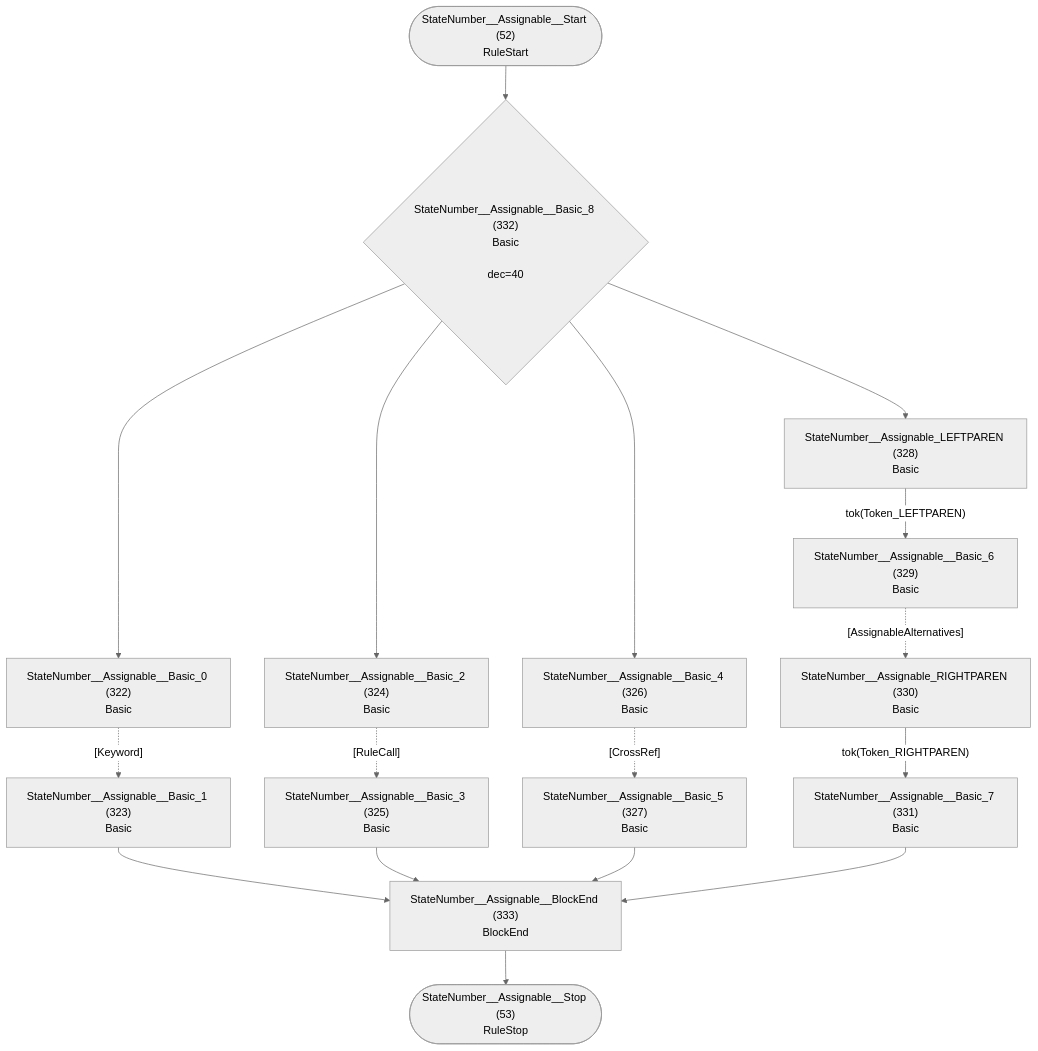
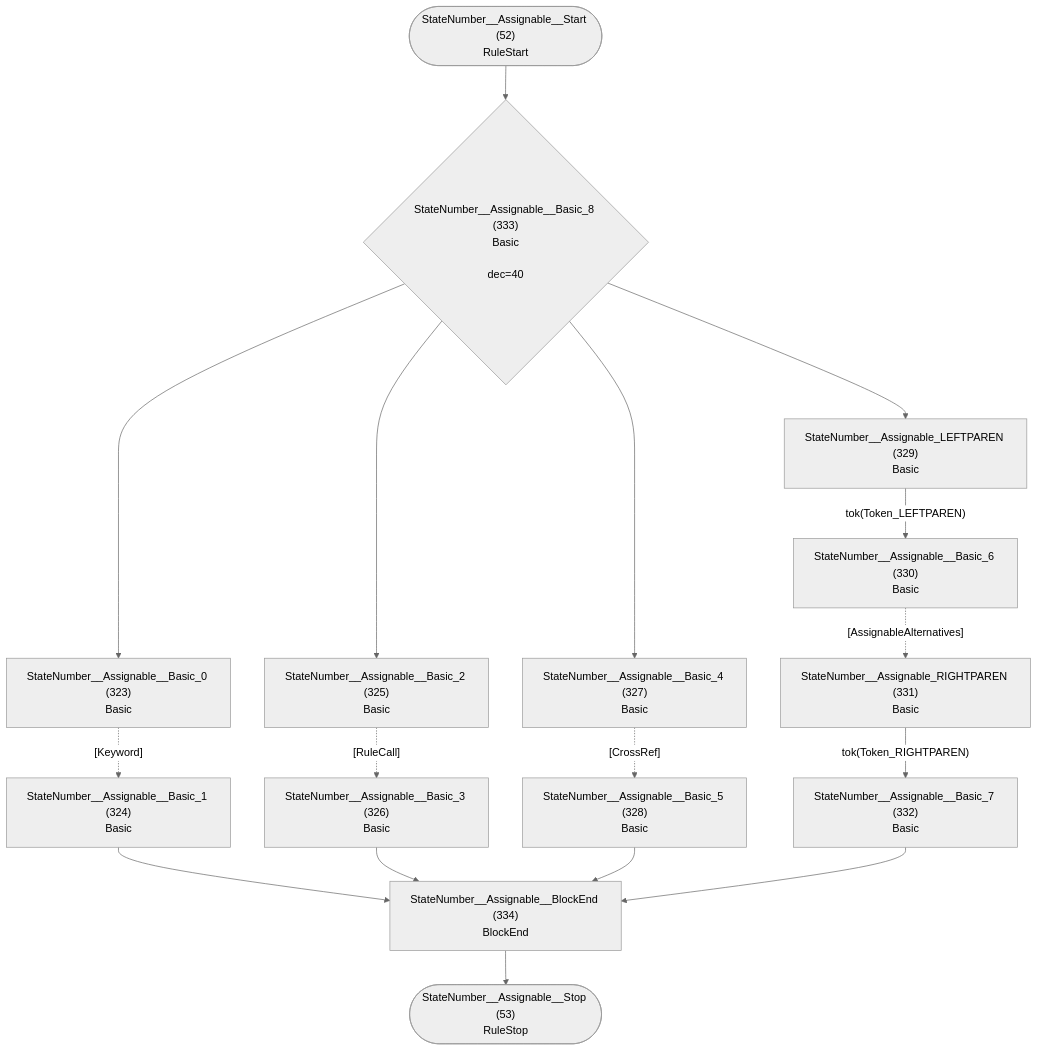
Before and after one commit to TypeFox/fastbelt: diagram 27 of 36 in internal/grammar/atn.md, drawn with Mermaid (neutral theme). The commit also changed other lines of this file and 9 other files, not shown here.

Commit message:
Add token mode's keyword usages + Bootstrap

````diff
--- a/internal/grammar/atn.md
+++ b/internal/grammar/atn.md
@@ -820,34 +822,34 @@
 ```mermaid
 flowchart TD
     q52(["StateNumber__Assignable__Start (52)<br/>RuleStart"])
     q53(["StateNumber__Assignable__Stop (53)<br/>RuleStop"])
-    q322["StateNumber__Assignable__Basic_0 (322)<br/>Basic<br/>"]
-    q323["StateNumber__Assignable__Basic_1 (323)<br/>Basic<br/>"]
-    q324["StateNumber__Assignable__Basic_2 (324)<br/>Basic<br/>"]
-    q325["StateNumber__Assignable__Basic_3 (325)<br/>Basic<br/>"]
-    q326["StateNumber__Assignable__Basic_4 (326)<br/>Basic<br/>"]
-    q327["StateNumber__Assignable__Basic_5 (327)<br/>Basic<br/>"]
-    q328["StateNumber__Assignable_LEFTPAREN (328)<br/>Basic<br/>"]
-    q329["StateNumber__Assignable__Basic_6 (329)<br/>Basic<br/>"]
-    q330["StateNumber__Assignable_RIGHTPAREN (330)<br/>Basic<br/>"]
-    q331["StateNumber__Assignable__Basic_7 (331)<br/>Basic<br/>"]
-    q332{"StateNumber__Assignable__Basic_8 (332)<br/>Basic<br/><br/>dec=40"}
-    q333["StateNumber__Assignable__BlockEnd (333)<br/>BlockEnd<br/>"]
+    q323["StateNumber__Assignable__Basic_0 (323)<br/>Basic<br/>"]
+    q324["StateNumber__Assignable__Basic_1 (324)<br/>Basic<br/>"]
+    q325["StateNumber__Assignable__Basic_2 (325)<br/>Basic<br/>"]
+    q326["StateNumber__Assignable__Basic_3 (326)<br/>Basic<br/>"]
+    q327["StateNumber__Assignable__Basic_4 (327)<br/>Basic<br/>"]
+    q328["StateNumber__Assignable__Basic_5 (328)<br/>Basic<br/>"]
+    q329["StateNumber__Assignable_LEFTPAREN (329)<br/>Basic<br/>"]
+    q330["StateNumber__Assignable__Basic_6 (330)<br/>Basic<br/>"]
+    q331["StateNumber__Assignable_RIGHTPAREN (331)<br/>Basic<br/>"]
+    q332["StateNumber__Assignable__Basic_7 (332)<br/>Basic<br/>"]
+    q333{"StateNumber__Assignable__Basic_8 (333)<br/>Basic<br/><br/>dec=40"}
+    q334["StateNumber__Assignable__BlockEnd (334)<br/>BlockEnd<br/>"]
 
-    q52 --> q332
-    q322 -.->|"[Keyword]"| q323
-    q323 --> q333
-    q324 -.->|"[RuleCall]"| q325
-    q325 --> q333
-    q326 -.->|"[CrossRef]"| q327
-    q327 --> q333
-    q328 -->|"tok(Token_LEFTPAREN)"| q329
-    q329 -.->|"[AssignableAlternatives]"| q330
-    q330 -->|"tok(Token_RIGHTPAREN)"| q331
-    q331 --> q333
-    q332 --> q322
-    q332 --> q324
-    q332 --> q326
-    q332 --> q328
-    q333 --> q53
+    q52 --> q333
+    q323 -.->|"[Keyword]"| q324
+    q324 --> q334
+    q325 -.->|"[RuleCall]"| q326
+    q326 --> q334
+    q327 -.->|"[CrossRef]"| q328
+    q328 --> q334
+    q329 -->|"tok(Token_LEFTPAREN)"| q330
+    q330 -.->|"[AssignableAlternatives]"| q331
+    q331 -->|"tok(Token_RIGHTPAREN)"| q332
+    q332 --> q334
+    q333 --> q323
+    q333 --> q325
+    q333 --> q327
+    q333 --> q329
+    q334 --> q53
 ```
````
